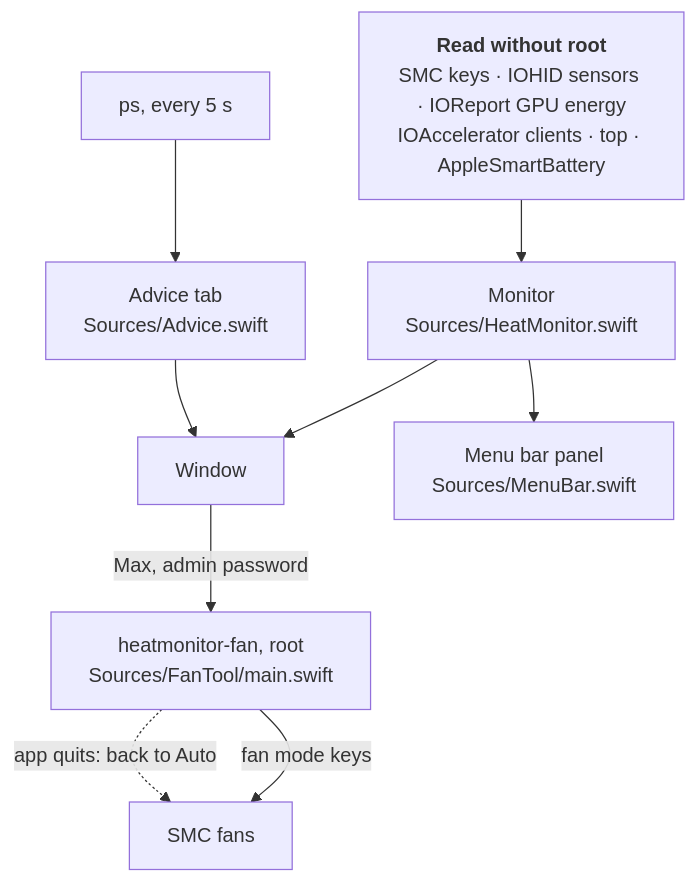
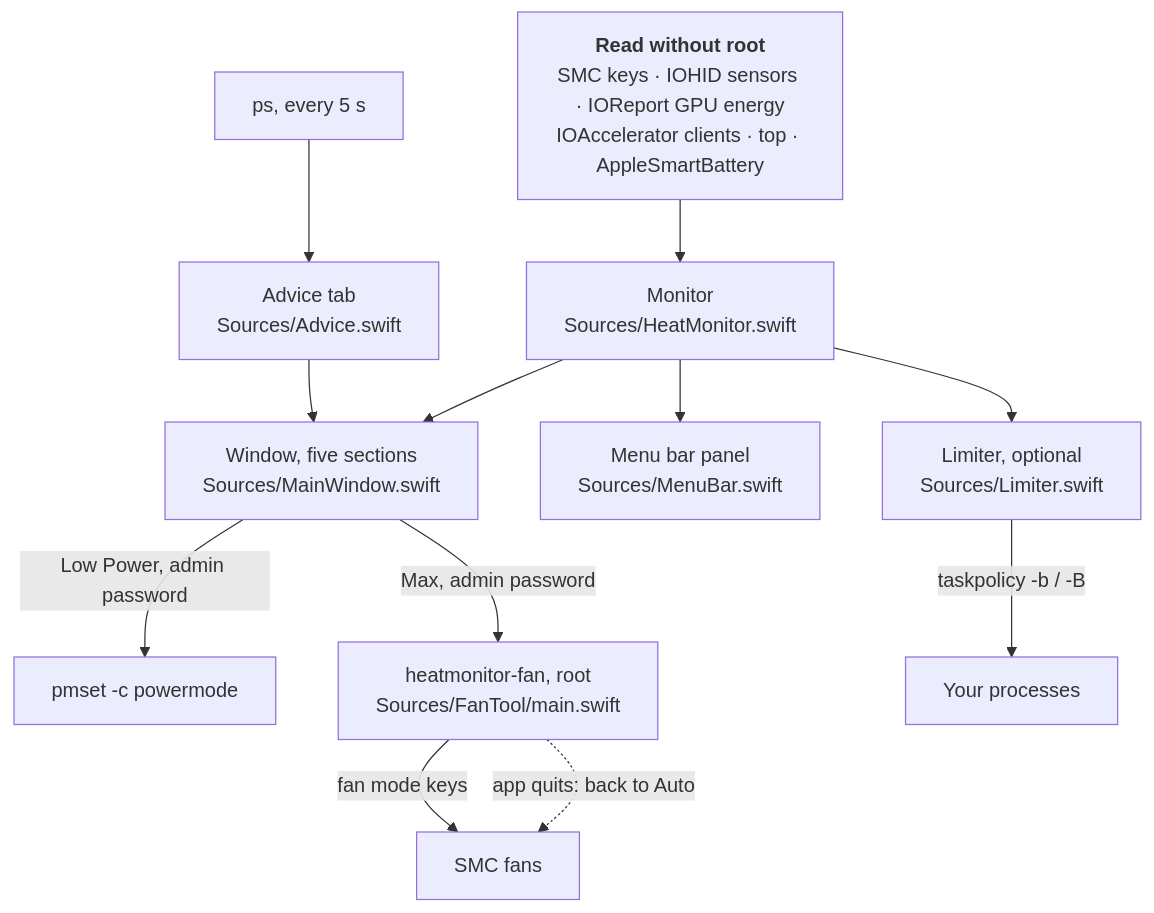
The diagram in README.md (Disspear574/HeatMonitor), drawn with Mermaid before and after one commit. The commit also changed other lines of this file and 1 other file, not shown here.

First line of the commit message:
docs: describe the 2.2 sidebar window, power limits and limiter

````diff
--- a/README.md
+++ b/README.md
@@ -115,12 +159,15 @@
 ```mermaid
 flowchart TB
     Read["<b>Read without root</b><br/>SMC keys · IOHID sensors · IOReport GPU energy<br/>IOAccelerator clients · top · AppleSmartBattery"]
     Read --> Monitor["Monitor<br/>Sources/HeatMonitor.swift"]
     PS["ps, every 5 s"] --> Advice["Advice tab<br/>Sources/Advice.swift"]
-    Monitor --> Window[Window]
+    Monitor --> Window["Window, five sections<br/>Sources/MainWindow.swift"]
     Monitor --> Panel["Menu bar panel<br/>Sources/MenuBar.swift"]
+    Monitor --> Limiter["Limiter, optional<br/>Sources/Limiter.swift"]
     Advice --> Window
+    Window -- "Low Power, admin password" --> Pmset["pmset -c powermode"]
+    Limiter -- "taskpolicy -b / -B" --> Procs[Your processes]
     Window -- "Max, admin password" --> Fan["heatmonitor-fan, root<br/>Sources/FanTool/main.swift"]
     Fan -- "fan mode keys" --> Fans[SMC fans]
     Fan -. "app quits: back to Auto" .-> Fans
 ```
````
